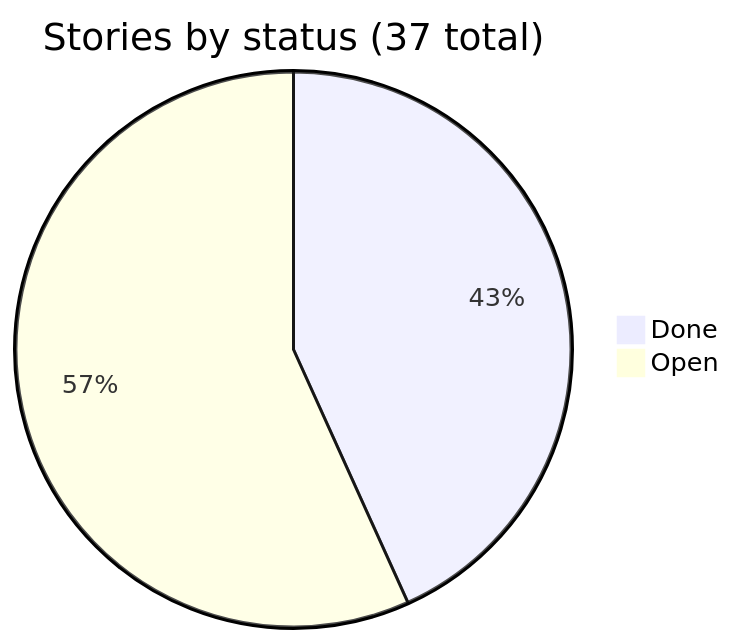
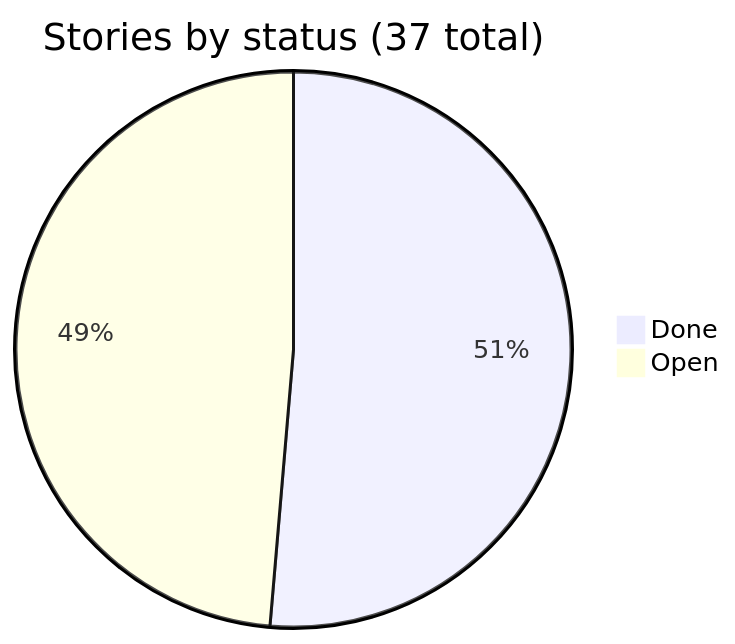
The diagram in docs/developments/04_stories.md (Cherrpxp/extractlab), drawn with Mermaid before and after one commit. The commit also changed other lines of this file and 5 other files, not shown here.

First line of the commit message:
docs: sync roadmap/milestones/sprints/stories/sprint-backlog and README with P2 closing

````diff
--- a/docs/developments/04_stories.md
+++ b/docs/developments/04_stories.md
@@ -6,5 +6,5 @@
 ```mermaid
 pie title Stories by status (37 total)
-    "Done" : 16
-    "Open" : 21
+    "Done" : 19
+    "Open" : 18
 ```
````
